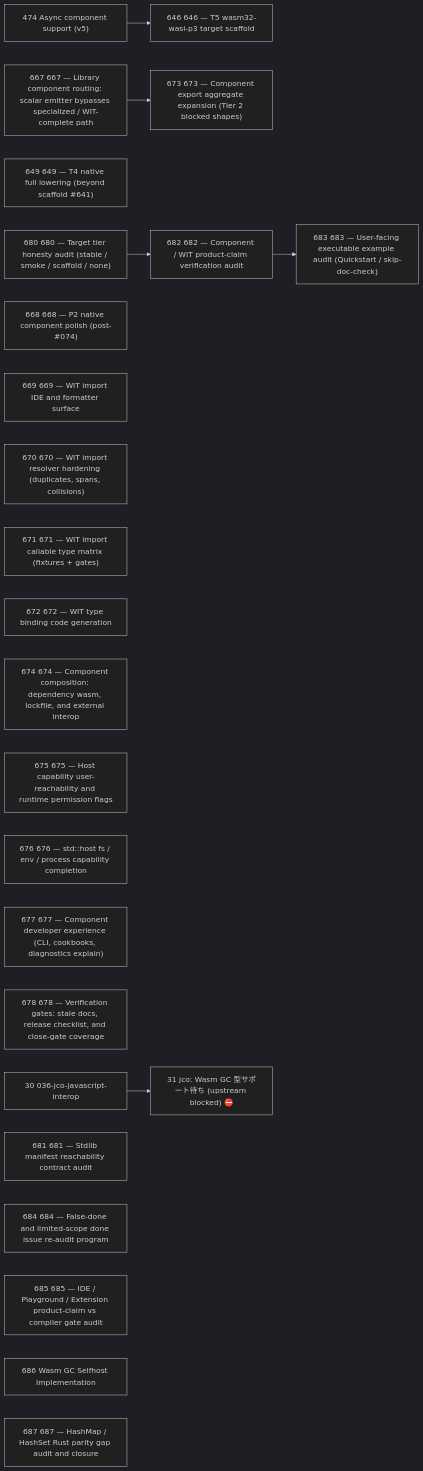
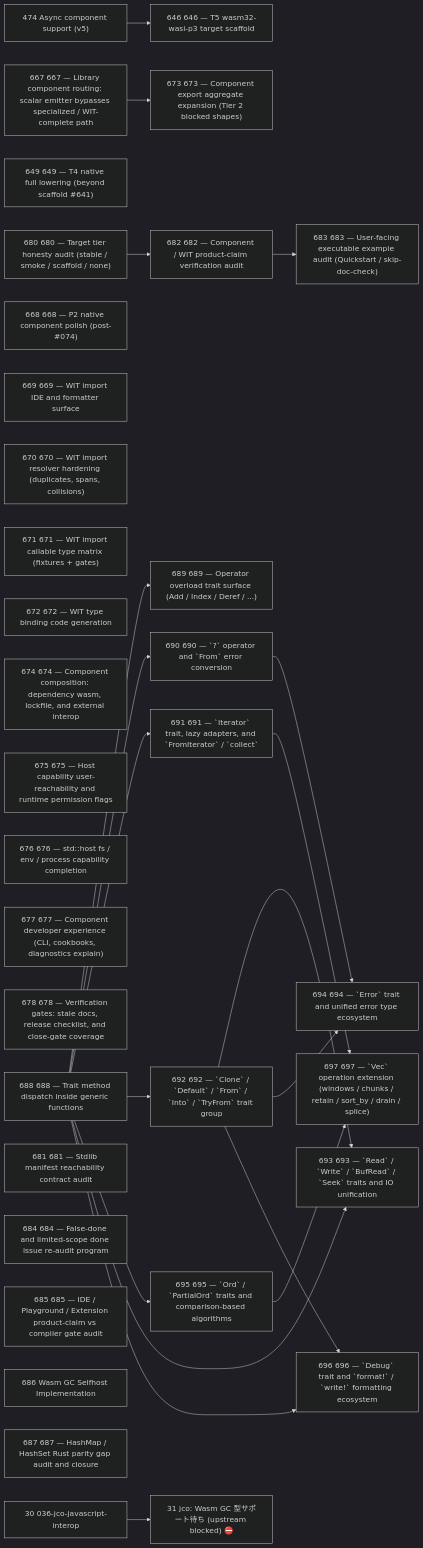
One commit to wogikaze/arukellt changed the diagram in issues/open/dependency-graph.md. Above: the diagram before and after it, drawn with Mermaid (dark theme). The commit also changed other lines of this file and 13 other files, not shown here.

````diff
--- a/issues/open/dependency-graph.md
+++ b/issues/open/dependency-graph.md
@@ -7,33 +7,56 @@
 ```mermaid
 graph LR
   I30["30 036-jco-javascript-interop"]
   I474["474 Async component support (v5)"]
   I649["649 649 — T4 native full lowering (beyond scaffold #641)"]
   I667["667 667 — Library component routing: scalar emitter bypasses specialized / WIT-complete path"]
   I668["668 668 — P2 native component polish (post-#074)"]
   I669["669 669 — WIT import IDE and formatter surface"]
   I670["670 670 — WIT import resolver hardening (duplicates, spans, collisions)"]
   I671["671 671 — WIT import callable type matrix (fixtures + gates)"]
   I672["672 672 — WIT type binding code generation"]
   I674["674 674 — Component composition: dependency wasm, lockfile, and external interop"]
   I675["675 675 — Host capability user-reachability and runtime permission flags"]
   I676["676 676 — std::host fs / env / process capability completion"]
   I677["677 677 — Component developer experience (CLI, cookbooks, diagnostics explain)"]
   I678["678 678 — Verification gates: stale docs, release checklist, and close-gate coverage"]
   I680["680 680 — Target tier honesty audit (stable / smoke / scaffold / none)"]
   I681["681 681 — Stdlib manifest reachability contract audit"]
   I684["684 684 — False-done and limited-scope done issue re-audit program"]
   I685["685 685 — IDE / Playground / Extension product-claim vs compiler gate audit"]
   I686["686 Wasm GC Selfhost Implementation"]
   I687["687 687 — HashMap / HashSet Rust parity gap audit and closure"]
+  I688["688 688 — Trait method dispatch inside generic functions"]
   I646["646 646 — T5 wasm32-wasi-p3 target scaffold"]
   I673["673 673 — Component export aggregate expansion (Tier 2 blocked shapes)"]
   I682["682 682 — Component / WIT product-claim verification audit"]
+  I689["689 689 — Operator overload trait surface (Add / Index / Deref / ...)"]
+  I690["690 690 — `?` operator and `From<E>` error conversion"]
+  I691["691 691 — `Iterator` trait, lazy adapters, and `FromIterator` / `collect`"]
+  I692["692 692 — `Clone` / `Default` / `From` / `Into` / `TryFrom` trait group"]
+  I695["695 695 — `Ord` / `PartialOrd` traits and comparison-based algorithms"]
   I683["683 683 — User-facing executable example audit (Quickstart / skip-doc-check)"]
+  I693["693 693 — `Read` / `Write` / `BufRead` / `Seek` traits and IO unification"]
+  I694["694 694 — `Error` trait and unified error type ecosystem"]
+  I696["696 696 — `Debug` trait and `format!` / `write!` formatting ecosystem"]
+  I697["697 697 — `Vec<T>` operation extension (windows / chunks / retain / sort_by / drain / splice)"]
   I31["31 jco: Wasm GC 型サポート待ち (upstream blocked) ⛔"]
   I474 --> I646
   I667 --> I673
   I680 --> I682
+  I688 --> I689
+  I688 --> I690
+  I688 --> I691
+  I688 --> I692
+  I688 --> I695
   I682 --> I683
+  I688 --> I693
+  I692 --> I693
+  I690 --> I694
+  I692 --> I694
+  I688 --> I696
+  I692 --> I696
+  I691 --> I697
+  I695 --> I697
   I30 --> I31
 ```
````
